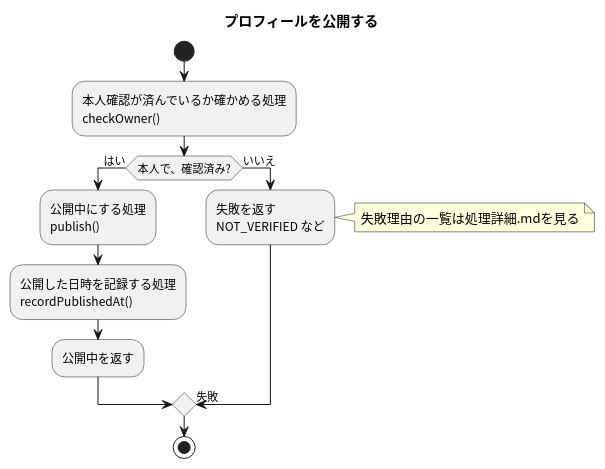
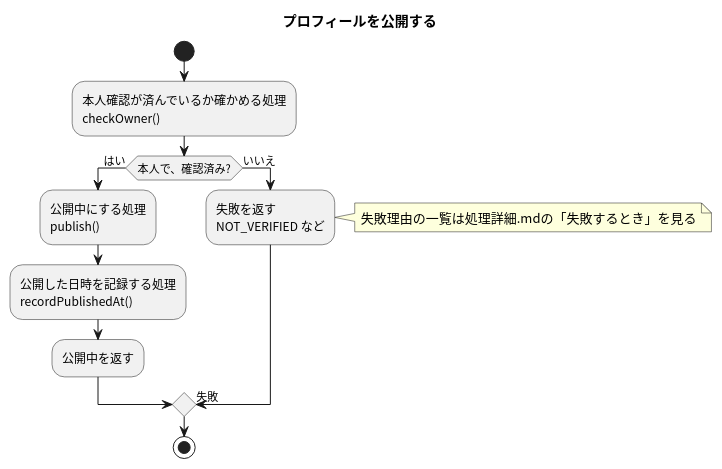
Before and after one commit to masamasamasato/design-doc-template: the diagram in apis/publish-profile/flow.puml, drawn with PlantUML.

Commit message:
試験: 失敗時の注記の文を変える

```diff
--- a/apis/publish-profile/flow.puml
+++ b/apis/publish-profile/flow.puml
@@ -3,20 +3,20 @@
 @startuml
 skinparam shadowing false
 skinparam defaultFontName "Noto Sans CJK JP"
 skinparam ActivityFontName "Noto Sans CJK JP"
 
 title プロフィールを公開する
 
 start
 :本人確認が済んでいるか確かめる処理\ncheckOwner();
 if (本人で、確認済み?) then (はい)
   :公開中にする処理\npublish();
   :公開した日時を記録する処理\nrecordPublishedAt();
   :公開中を返す;
 else (いいえ)
   :失敗を返す\nNOT_VERIFIED など;
-  note right: 失敗理由の一覧は処理詳細.mdを見る
+  note right: 失敗理由の一覧は処理詳細.mdの「失敗するとき」を見る
   -> 失敗;
 endif
 stop
 @enduml
```
